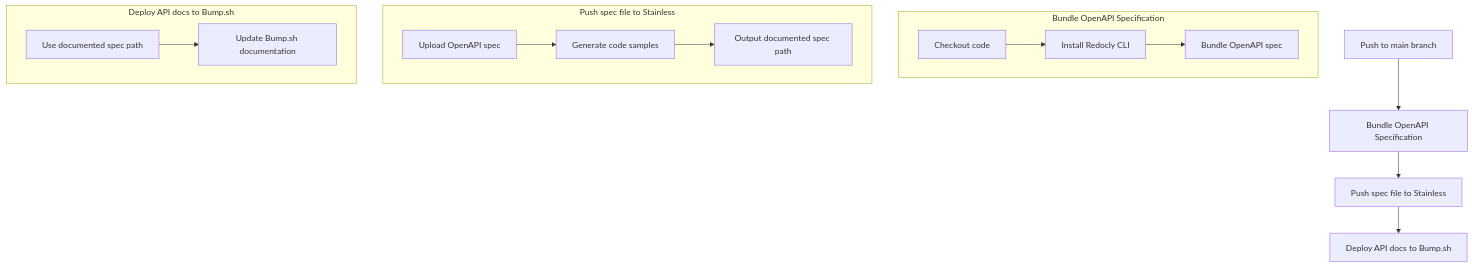
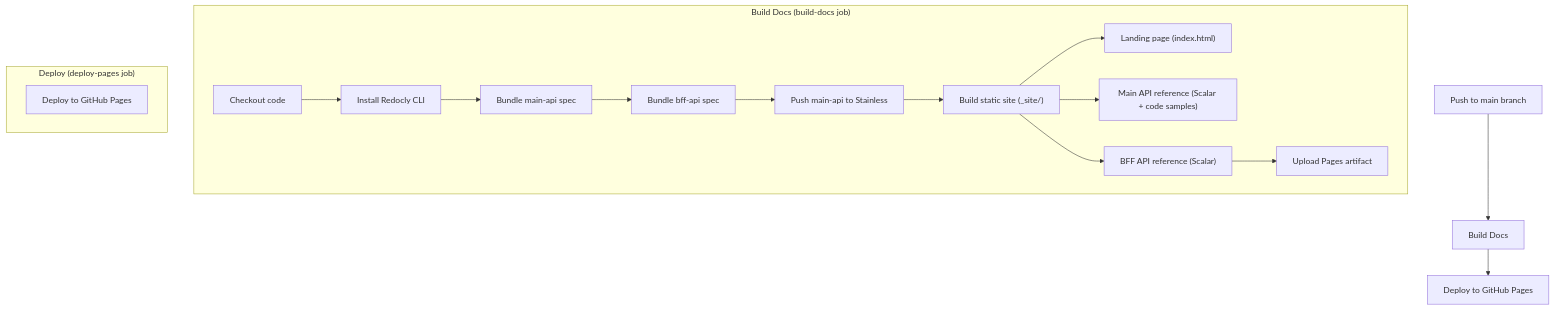
The first of 3 diagrams in docs/github-workflows.md (flowrapp/openapi-specs), drawn with Mermaid before and after one commit. The commit also changed other lines of this file and 23 other files, not shown here.

First line of the commit message:
feat: added new bff spec (#22)

````diff
--- a/docs/github-workflows.md
+++ b/docs/github-workflows.md
@@ -9,20 +9,21 @@
 ```mermaid
 flowchart TD
-    A[Push to main branch] --> B[Bundle OpenAPI Specification]
-    B --> C[Push spec file to Stainless]
-    C --> D[Deploy API docs to Bump.sh]
-    
-    subgraph "Bundle OpenAPI Specification"
+    A[Push to main branch] --> B[Build Docs]
+    B --> C[Deploy to GitHub Pages]
+
+    subgraph "Build Docs (build-docs job)"
     B1[Checkout code] --> B2[Install Redocly CLI]
-    B2 --> B3[Bundle OpenAPI spec]
+    B2 --> B3[Bundle main-api spec]
+    B3 --> B4[Bundle bff-api spec]
+    B4 --> B5[Push main-api to Stainless]
+    B5 --> B6["Build static site (_site/)"]
+    B6 --> B6a["Landing page (index.html)"]
+    B6 --> B6b["Main API reference (Scalar + code samples)"]
+    B6 --> B6c["BFF API reference (Scalar)"]
+    B6c --> B7[Upload Pages artifact]
     end
-    
-    subgraph "Push spec file to Stainless"
-    C1[Upload OpenAPI spec] --> C2[Generate code samples]
-    C2 --> C3[Output documented spec path]
-    end
-    
-    subgraph "Deploy API docs to Bump.sh"
-    D1[Use documented spec path] --> D2[Update Bump.sh documentation]
+
+    subgraph "Deploy (deploy-pages job)"
+    C1[Deploy to GitHub Pages]
     end
 ```
````
